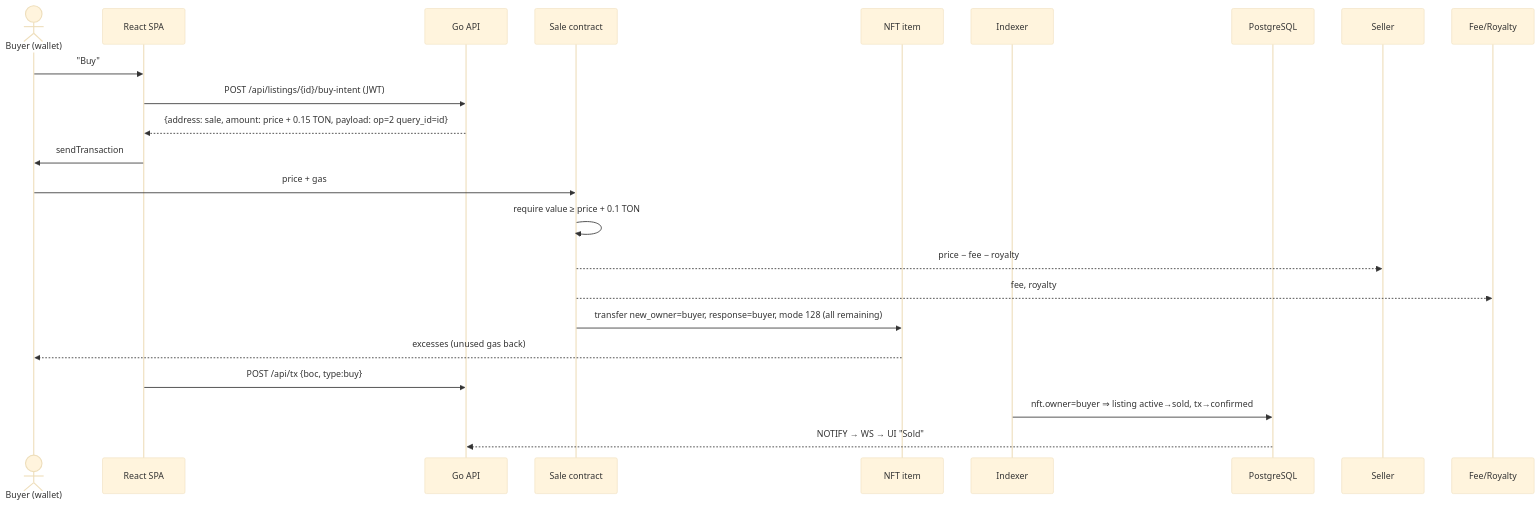
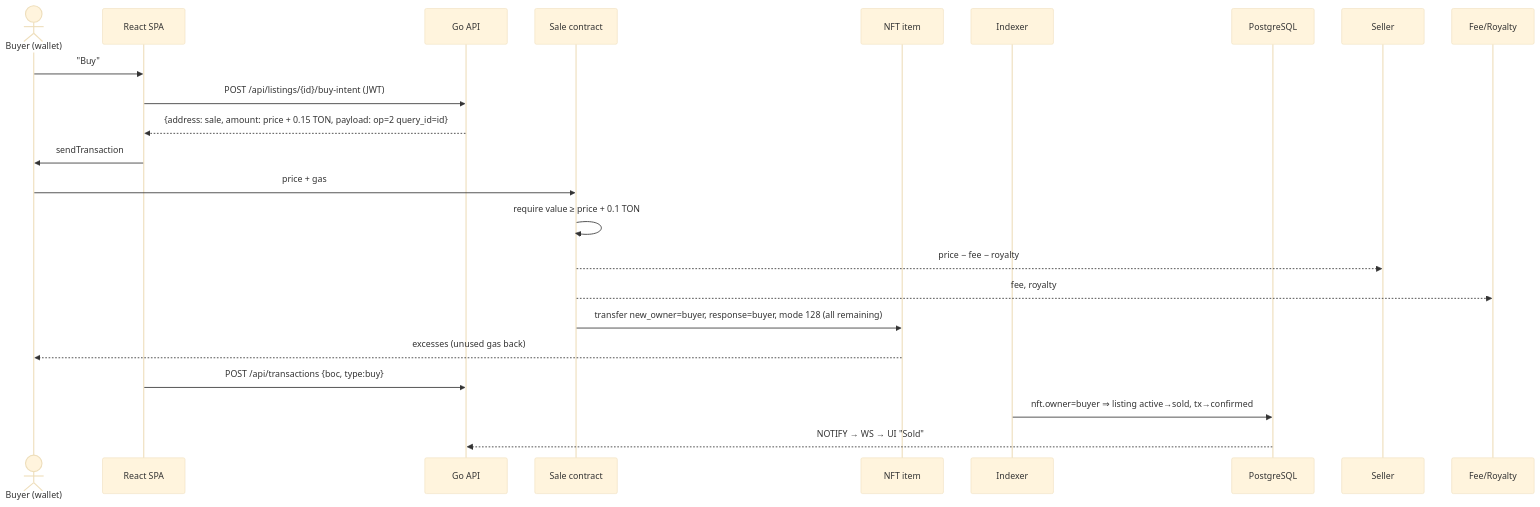
The third of 3 diagrams in docs/architecture.md (setdarovDEV/ton), drawn with Mermaid (base theme) before and after one commit. The commit also changed other lines of this file and 40 other files, not shown here.

First line of the commit message:
refactor: address architecture review findings

````diff
--- a/docs/architecture.md
+++ b/docs/architecture.md
@@ -65,24 +65,24 @@
 ```mermaid
 sequenceDiagram
     actor B as Buyer (wallet)
     participant FE as React SPA
     participant API as Go API
     participant S as Sale contract
     participant NFT as NFT item
     participant IDX as Indexer
     participant DB as PostgreSQL
 
     B->>FE: "Buy"
     FE->>API: POST /api/listings/{id}/buy-intent (JWT)
     API-->>FE: {address: sale, amount: price + 0.15 TON, payload: op=2 query_id=id}
     FE->>B: sendTransaction
     B->>S: price + gas
     S->>S: require value ≥ price + 0.1 TON
     S-->>Seller: price − fee − royalty
     S-->>Fee/Royalty: fee, royalty
     S->>NFT: transfer new_owner=buyer, response=buyer, mode 128 (all remaining)
     NFT-->>B: excesses (unused gas back)
-    FE->>API: POST /api/tx {boc, type:buy}
+    FE->>API: POST /api/transactions {boc, type:buy}
     IDX->>DB: nft.owner=buyer ⇒ listing active→sold, tx→confirmed
     DB-->>API: NOTIFY → WS → UI "Sold"
 ```
````
